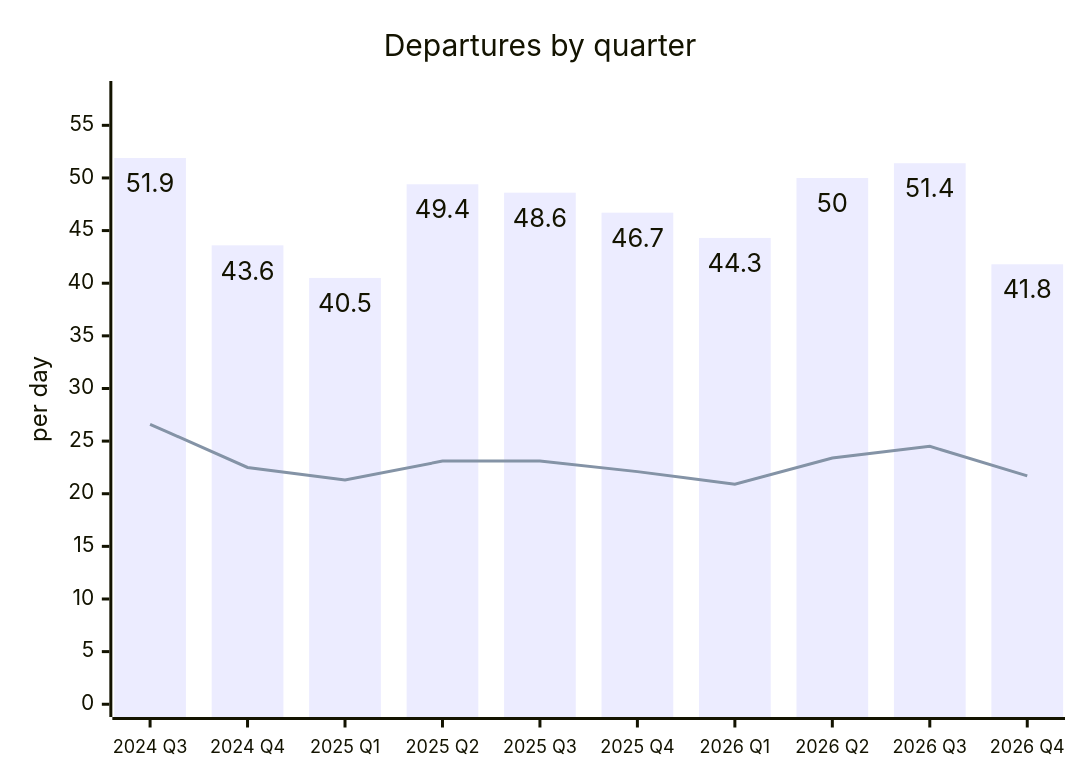
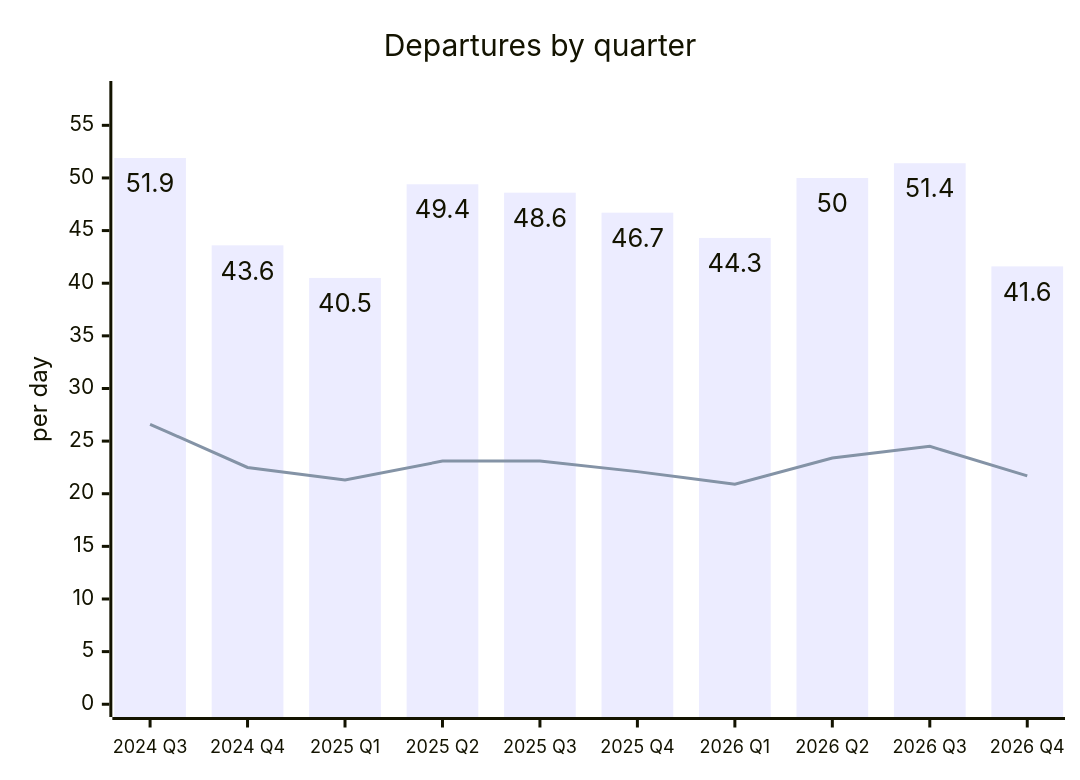
One commit to rainermesi/tll-airport-departures changed the second of 2 diagrams in README.md. Above: the diagram before and after it, drawn with Mermaid. The commit also changed other lines of this file and 3 other files, not shown here.

````diff
--- a/README.md
+++ b/README.md
@@ -82,15 +82,15 @@
 ```mermaid
 ---
 config:
   xyChart:
     showDataLabel: true
     xAxis:
       labelFontSize: 12
 ---
 xychart-beta
     title "Departures by quarter"
     x-axis ["2024 Q3", "2024 Q4", "2025 Q1", "2025 Q2", "2025 Q3", "2025 Q4", "2026 Q1", "2026 Q2", "2026 Q3", "2026 Q4"]
     y-axis "per day" 0 --> 58
-    bar [51.9, 43.6, 40.5, 49.4, 48.6, 46.7, 44.3, 50.0, 51.4, 41.8]
+    bar [51.9, 43.6, 40.5, 49.4, 48.6, 46.7, 44.3, 50.0, 51.4, 41.6]
     line [26.6, 22.5, 21.3, 23.1, 23.1, 22.1, 20.9, 23.4, 24.5, 21.7]
 ```
````
